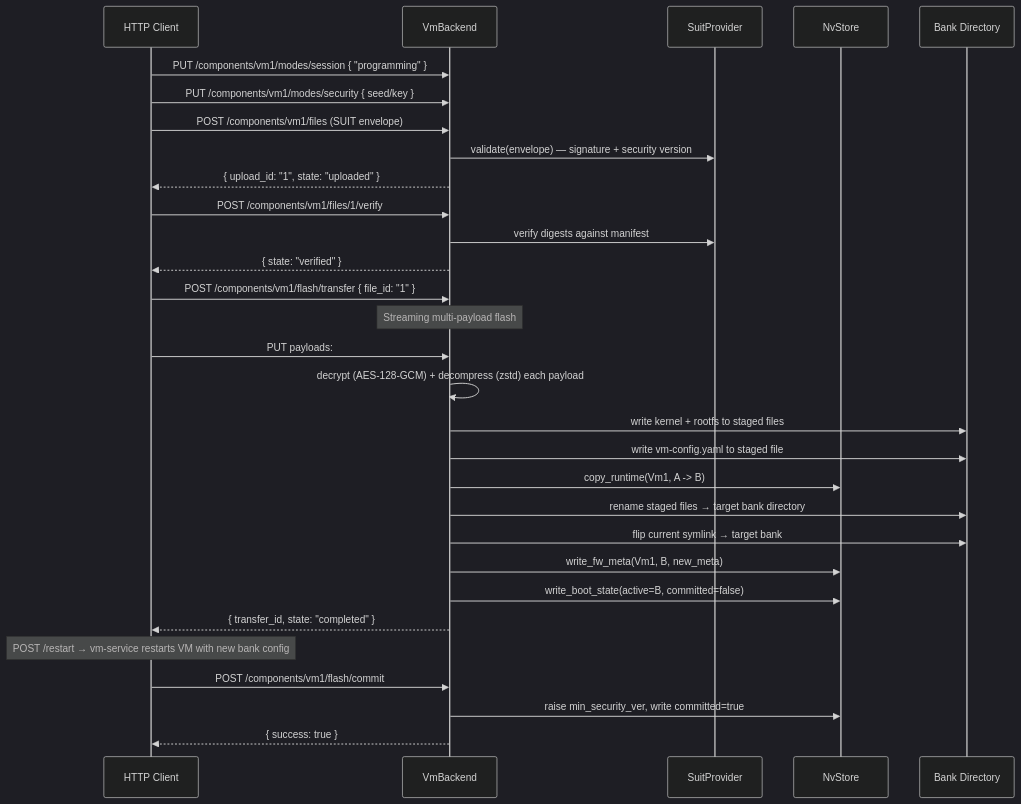
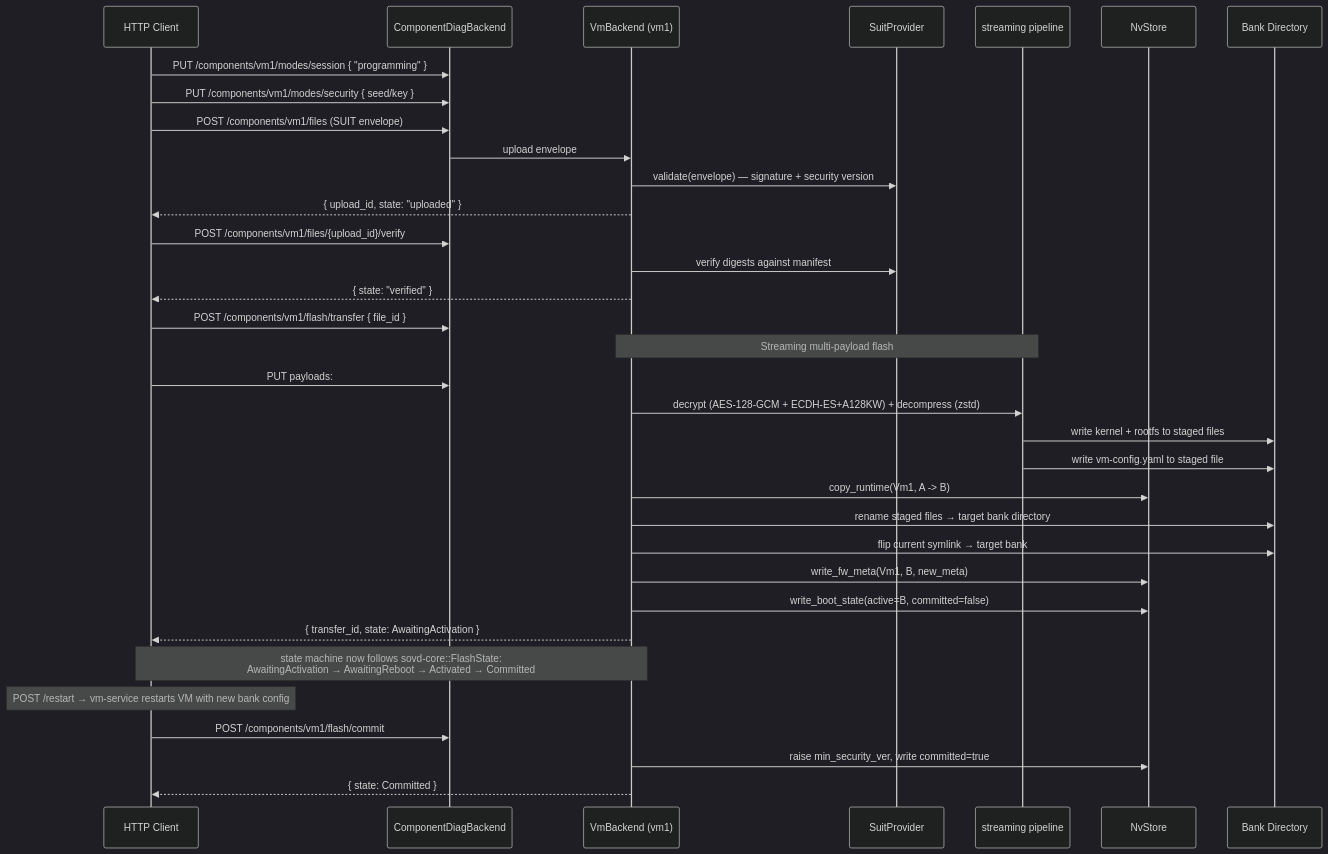
Before and after one commit to sdv-playground/sumo-vm-mgr: the fifth of 7 diagrams in ARCHITECTURE.md, drawn with Mermaid (dark theme). The commit also changed other lines of this file and 3 other files, not shown here.

````diff
--- a/ARCHITECTURE.md
+++ b/ARCHITECTURE.md
@@ -464,38 +604,43 @@
 ```mermaid
 sequenceDiagram
     participant C as HTTP Client
-    participant H as VmBackend
+    participant D as ComponentDiagBackend
+    participant V as VmBackend (vm1)
     participant S as SuitProvider
+    participant ST as streaming pipeline
     participant NV as NvStore
     participant FS as Bank Directory
 
-    C->>H: PUT /components/vm1/modes/session { "programming" }
-    C->>H: PUT /components/vm1/modes/security { seed/key }
+    C->>D: PUT /components/vm1/modes/session { "programming" }
+    C->>D: PUT /components/vm1/modes/security { seed/key }
 
-    C->>H: POST /components/vm1/files (SUIT envelope)
-    H->>S: validate(envelope) — signature + security version
-    H-->>C: { upload_id: "1", state: "uploaded" }
+    C->>D: POST /components/vm1/files (SUIT envelope)
+    D->>V: upload envelope
+    V->>S: validate(envelope) — signature + security version
+    V-->>C: { upload_id, state: "uploaded" }
 
-    C->>H: POST /components/vm1/files/1/verify
-    H->>S: verify digests against manifest
-    H-->>C: { state: "verified" }
+    C->>D: POST /components/vm1/files/{upload_id}/verify
+    V->>S: verify digests against manifest
+    V-->>C: { state: "verified" }
 
-    C->>H: POST /components/vm1/flash/transfer { file_id: "1" }
-    Note over H: Streaming multi-payload flash
-    C->>H: PUT payloads: #kernel, #firmware, #config
-    H->>H: decrypt (AES-128-GCM) + decompress (zstd) each payload
-    H->>FS: write kernel + rootfs to staged files
-    H->>FS: write vm-config.yaml to staged file
-    H->>NV: copy_runtime(Vm1, A -> B)
-    H->>FS: rename staged files → target bank directory
-    H->>FS: flip current symlink → target bank
-    H->>NV: write_fw_meta(Vm1, B, new_meta)
-    H->>NV: write_boot_state(active=B, committed=false)
-    H-->>C: { transfer_id, state: "completed" }
+    C->>D: POST /components/vm1/flash/transfer { file_id }
+    Note over V,ST: Streaming multi-payload flash
+    C->>D: PUT payloads: #kernel, #firmware, #config
+    V->>ST: decrypt (AES-128-GCM + ECDH-ES+A128KW) + decompress (zstd)
+    ST->>FS: write kernel + rootfs to staged files
+    ST->>FS: write vm-config.yaml to staged file
+    V->>NV: copy_runtime(Vm1, A -> B)
+    V->>FS: rename staged files → target bank directory
+    V->>FS: flip current symlink → target bank
+    V->>NV: write_fw_meta(Vm1, B, new_meta)
+    V->>NV: write_boot_state(active=B, committed=false)
+    V-->>C: { transfer_id, state: AwaitingActivation }
+
+    Note over C,V: state machine now follows sovd-core::FlashState:<br/>AwaitingActivation → AwaitingReboot → Activated → Committed
 
     Note over C: POST /restart → vm-service restarts VM with new bank config
 
-    C->>H: POST /components/vm1/flash/commit
-    H->>NV: raise min_security_ver, write committed=true
-    H-->>C: { success: true }
+    C->>D: POST /components/vm1/flash/commit
+    V->>NV: raise min_security_ver, write committed=true
+    V-->>C: { state: Committed }
 ```
````
